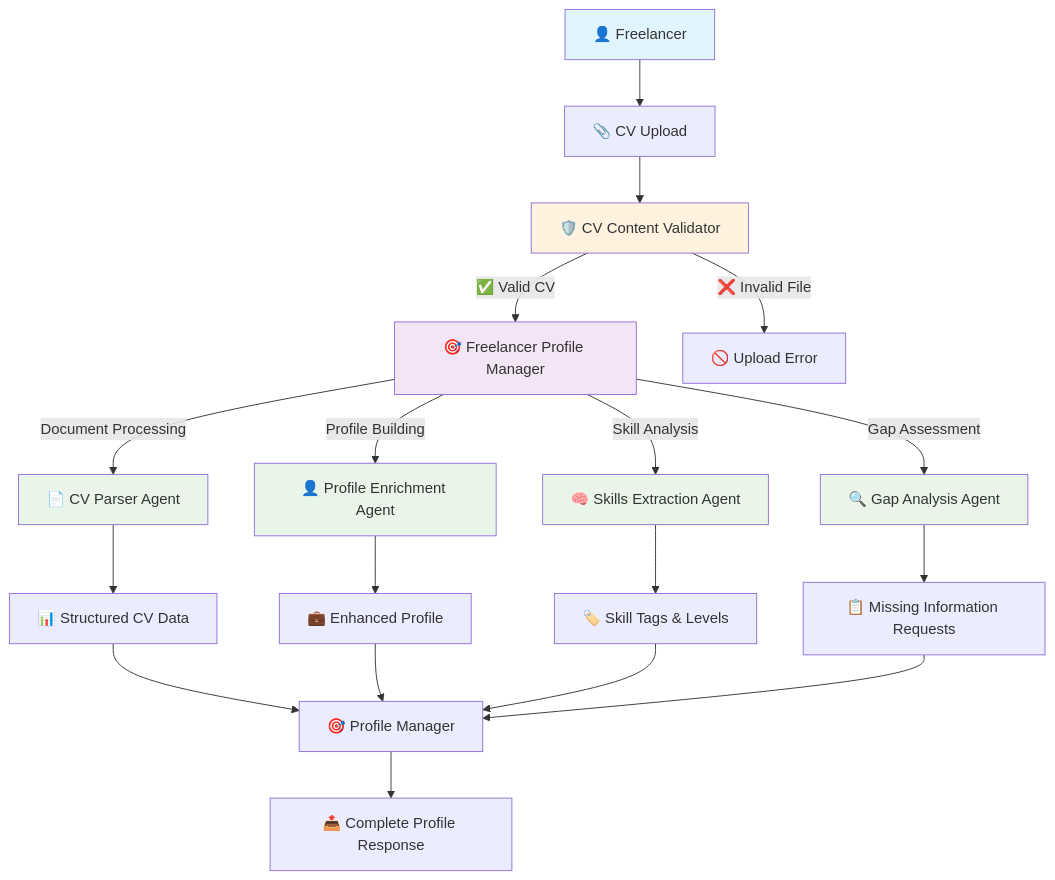
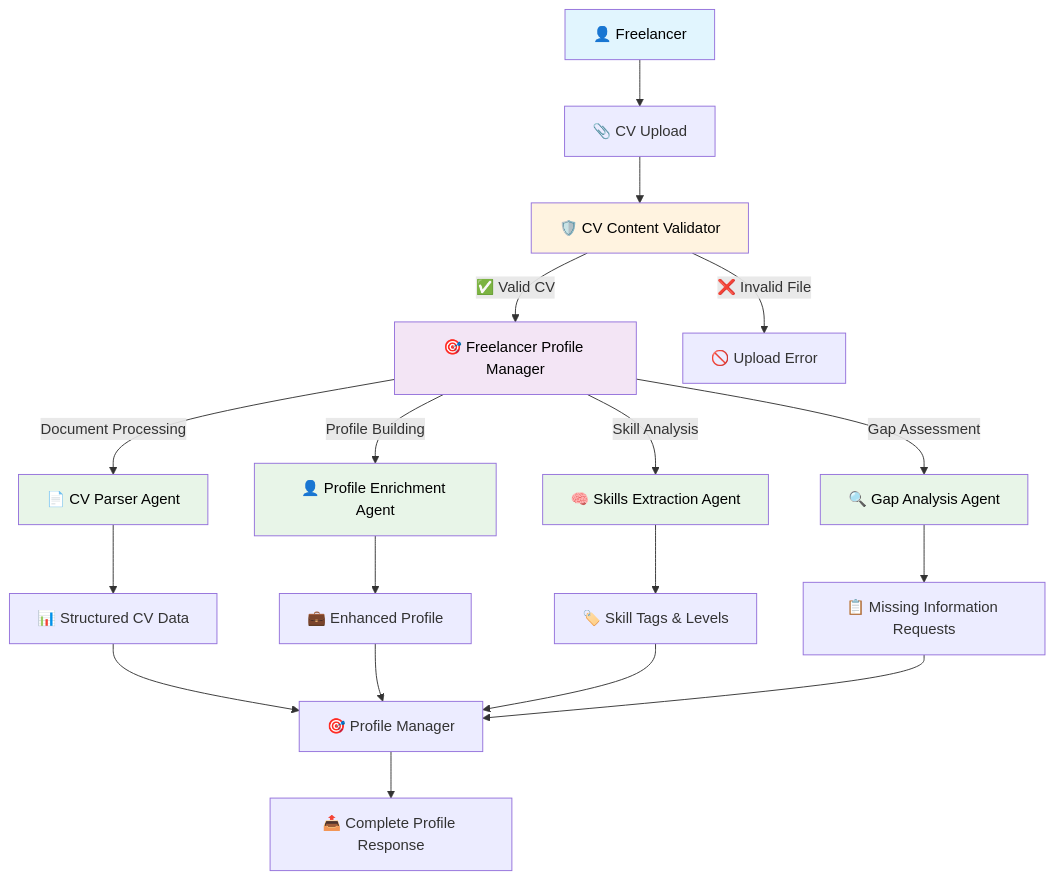
Before and after one commit to sandrop8/multi-agent-expert-sourcing: the second of 2 diagrams in README.md, drawn with Mermaid. The commit also changed other lines of this file, not shown here.

Commit message:
fix: Improve Mermaid diagram text readability by adding black text color to light backgrounds

````diff
--- a/README.md
+++ b/README.md
@@ -72,31 +72,31 @@
 ```mermaid
 graph TD
     A[👤 Freelancer] --> B[📎 CV Upload]
     B --> C[🛡️ CV Content Validator]
     C -->|✅ Valid CV| D[🎯 Freelancer Profile Manager]
     C -->|❌ Invalid File| E[🚫 Upload Error]
     
     D -->|Document Processing| F[📄 CV Parser Agent]
     D -->|Profile Building| G[👤 Profile Enrichment Agent]
     D -->|Skill Analysis| H[🧠 Skills Extraction Agent]
     D -->|Gap Assessment| I[🔍 Gap Analysis Agent]
     
     F --> J[📊 Structured CV Data]
     G --> K[💼 Enhanced Profile]
     H --> L[🏷️ Skill Tags & Levels]
     I --> M[📋 Missing Information Requests]
     
     J --> N[🎯 Profile Manager]
     K --> N
     L --> N
     M --> N
     N --> O[📤 Complete Profile Response]
     
-    style A fill:#e1f5fe
-    style D fill:#f3e5f5
-    style C fill:#fff3e0
-    style F fill:#e8f5e8
-    style G fill:#e8f5e8
-    style H fill:#e8f5e8
-    style I fill:#e8f5e8
+    style A fill:#e1f5fe,color:#000000
+    style D fill:#f3e5f5,color:#000000
+    style C fill:#fff3e0,color:#000000
+    style F fill:#e8f5e8,color:#000000
+    style G fill:#e8f5e8,color:#000000
+    style H fill:#e8f5e8,color:#000000
+    style I fill:#e8f5e8,color:#000000
 ```
````
